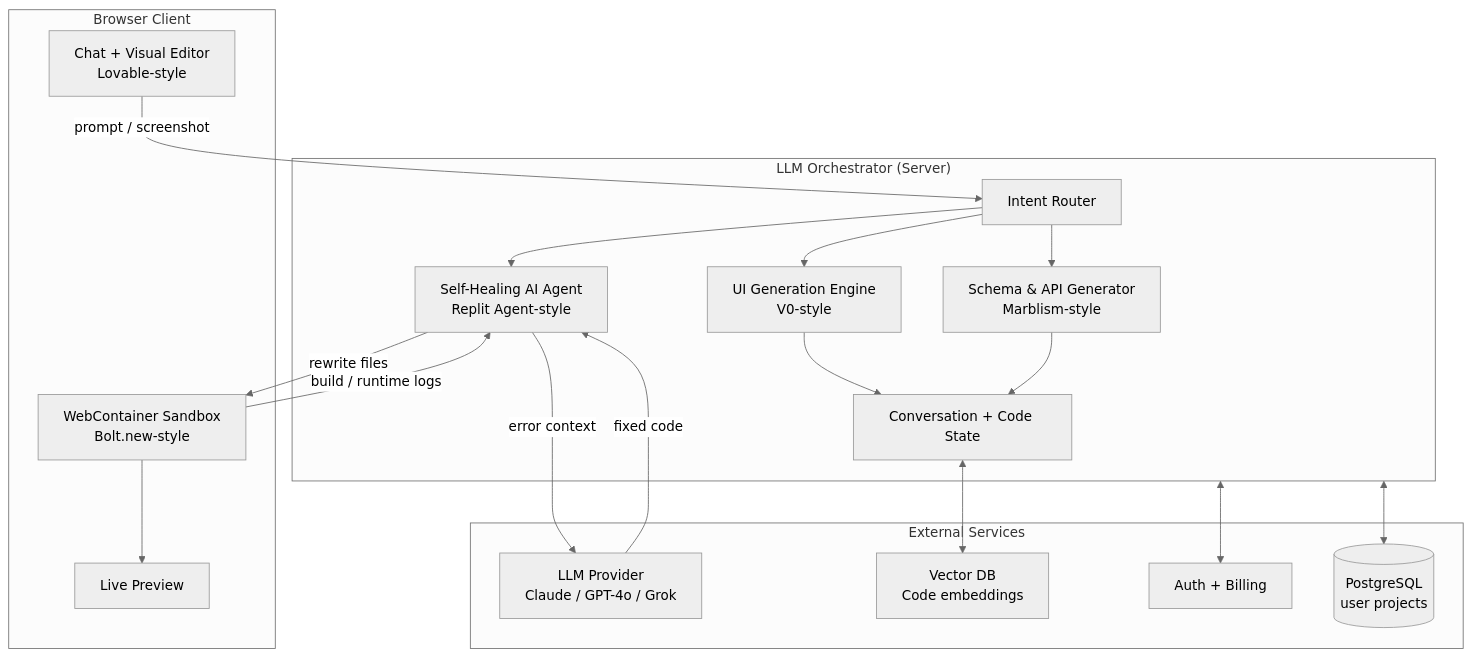
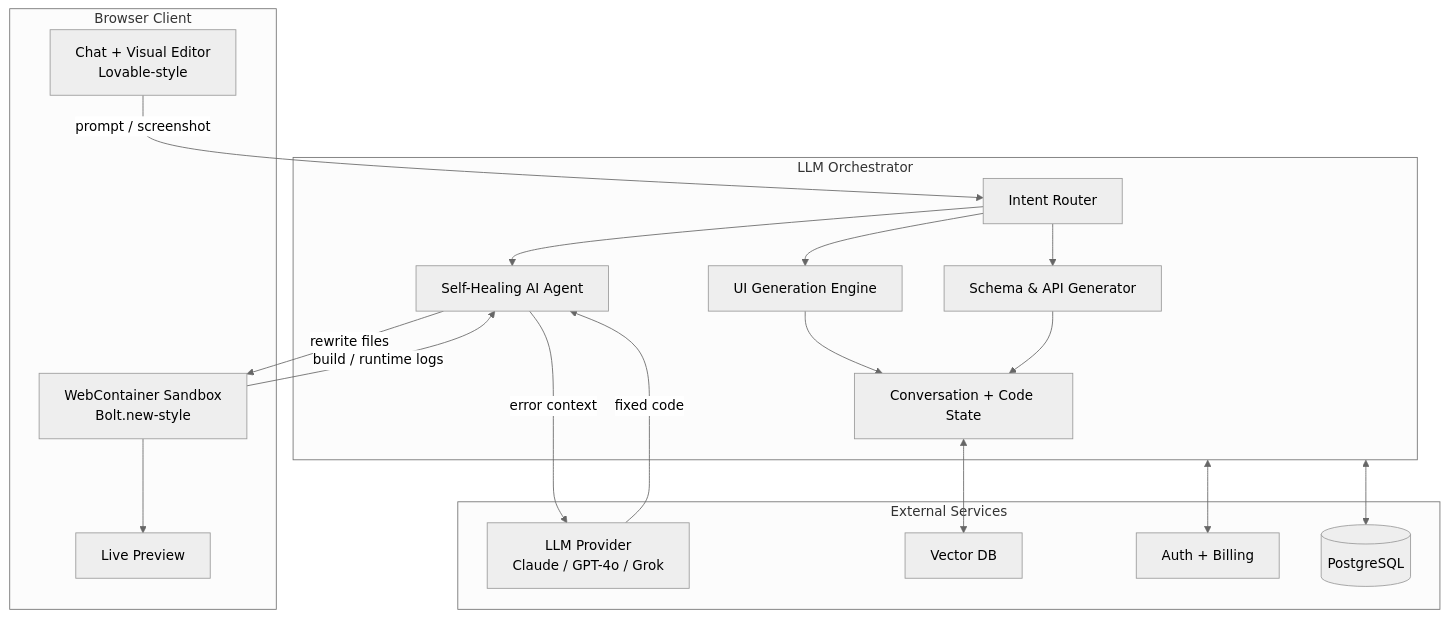
The diagram in docs/ARCHITECTURE.md (zametkikostik/OmniDev), drawn with Mermaid (neutral theme) before and after one commit. The commit also changed other lines of this file and 2 other files, not shown here.

Commit message:
feat(v0.2): monorepo structure, WebContainer Manager, Orchestrator, Chat+Preview UI, templates

````diff
--- a/docs/ARCHITECTURE.md
+++ b/docs/ARCHITECTURE.md
@@ -5,38 +5,38 @@
 ```mermaid
 flowchart TB
     subgraph Client["Browser Client"]
         UI[Chat + Visual Editor<br/>Lovable-style]
         WC[WebContainer Sandbox<br/>Bolt.new-style]
         Preview[Live Preview]
     end
 
-    subgraph Orchestrator["LLM Orchestrator (Server)"]
+    subgraph Orchestrator["LLM Orchestrator"]
         Router[Intent Router]
-        UIGen[UI Generation Engine<br/>V0-style]
-        DBGen[Schema & API Generator<br/>Marblism-style]
-        Agent[Self-Healing AI Agent<br/>Replit Agent-style]
+        UIGen[UI Generation Engine]
+        DBGen[Schema & API Generator]
+        Agent[Self-Healing AI Agent]
         Memory[Conversation + Code State]
     end
 
     subgraph External["External Services"]
         LLM[LLM Provider<br/>Claude / GPT-4o / Grok]
-        Vector[Vector DB<br/>Code embeddings]
+        Vector[Vector DB]
         Auth[Auth + Billing]
-        PG[(PostgreSQL<br/>user projects)]
+        PG[(PostgreSQL)]
     end
 
     UI -->|prompt / screenshot| Router
     Router --> UIGen
     Router --> DBGen
     Router --> Agent
     UIGen --> Memory
     DBGen --> Memory
     Agent -->|rewrite files| WC
     WC -->|build / runtime logs| Agent
     Agent -->|error context| LLM
     LLM -->|fixed code| Agent
     WC --> Preview
     Memory <--> Vector
     Orchestrator <--> PG
     Orchestrator <--> Auth
 ```
````
